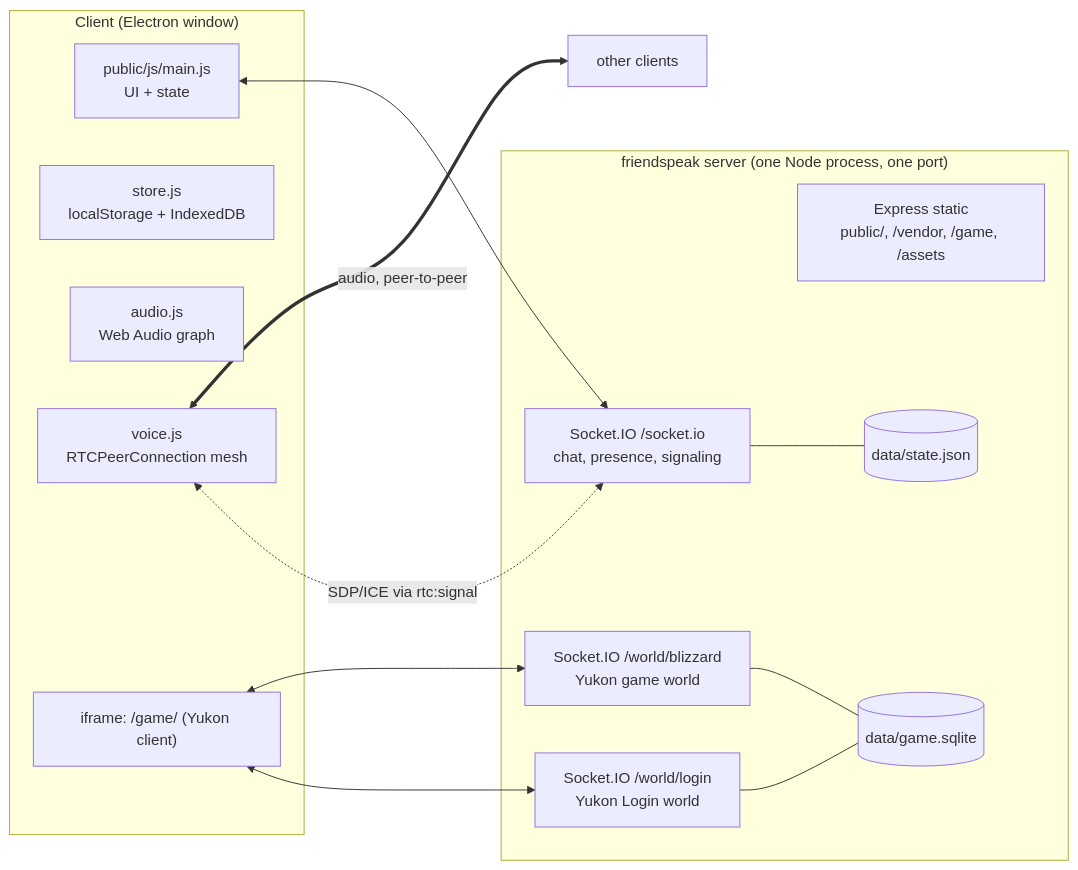
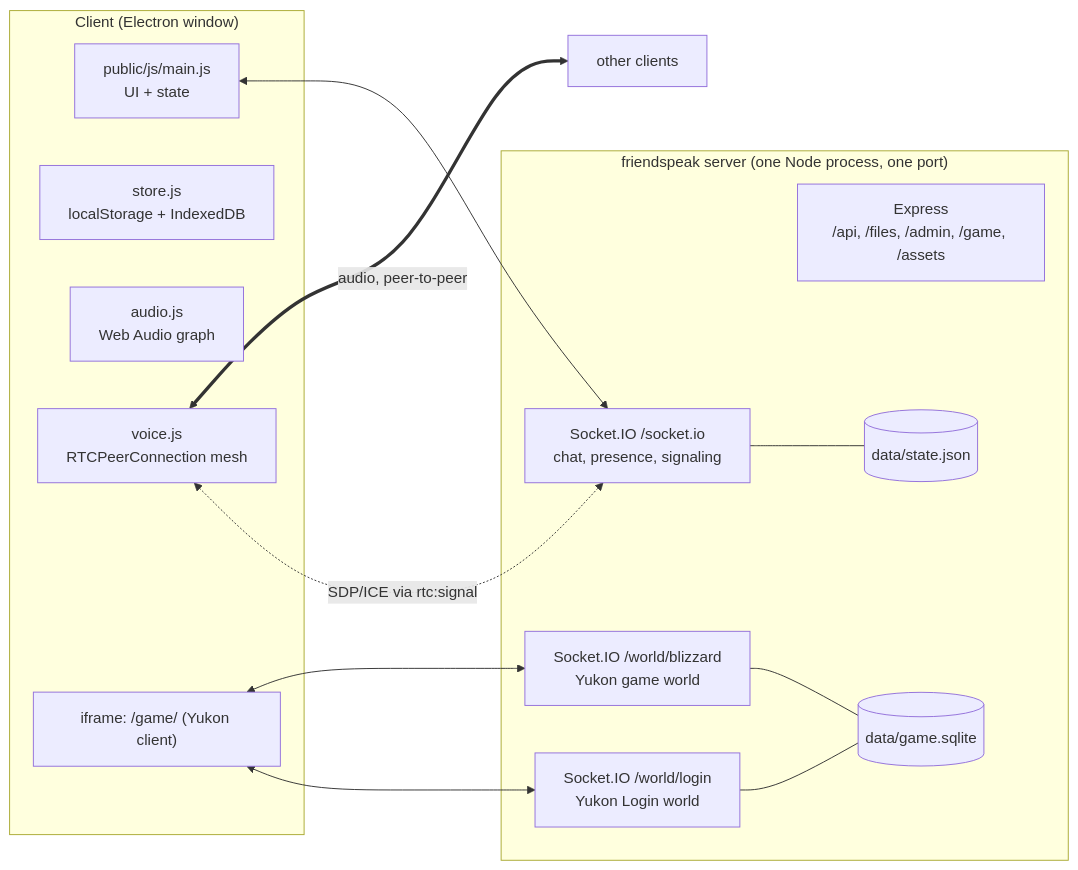
The first of 2 diagrams in docs/ARCHITECTURE.md (nickolaiposs/friendspeak), drawn with Mermaid before and after one commit. The commit also changed other lines of this file and 20 other files, not shown here.

````diff
--- a/docs/ARCHITECTURE.md
+++ b/docs/ARCHITECTURE.md
@@ -7,28 +7,28 @@
 ```mermaid
 flowchart LR
   subgraph Client["Client (Electron window)"]
     UI["public/js/main.js<br/>UI + state"]
     Store["store.js<br/>localStorage + IndexedDB"]
     Audio["audio.js<br/>Web Audio graph"]
     Voice["voice.js<br/>RTCPeerConnection mesh"]
     GameFrame["iframe: /game/ (Yukon client)"]
   end
 
   subgraph Server["friendspeak server (one Node process, one port)"]
-    Express["Express static<br/>public/, /vendor, /game, /assets"]
+    Express["Express<br/>/api, /files, /admin, /game, /assets"]
     IO["Socket.IO /socket.io<br/>chat, presence, signaling"]
     LoginW["Socket.IO /world/login<br/>Yukon Login world"]
     GameW["Socket.IO /world/blizzard<br/>Yukon game world"]
     State[("data/state.json")]
     DB[("data/game.sqlite")]
   end
 
   UI <--> IO
   Voice <-. "SDP/ICE via rtc:signal" .-> IO
   Voice <== "audio, peer-to-peer" ==> OtherPeers["other clients"]
   GameFrame <--> LoginW
   GameFrame <--> GameW
   IO --- State
   LoginW --- DB
   GameW --- DB
 ```
````
